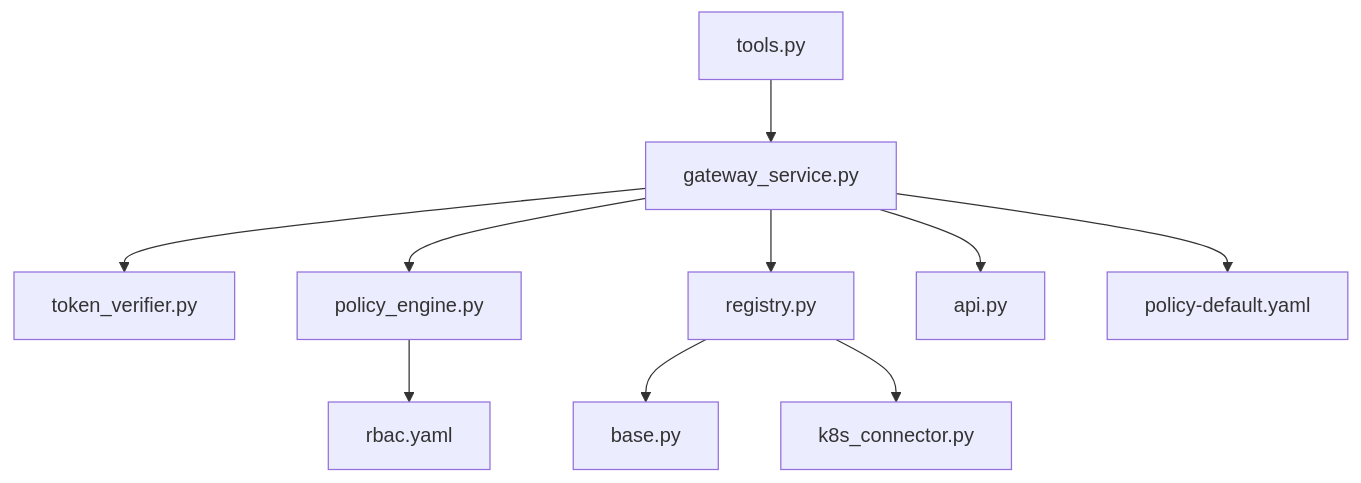
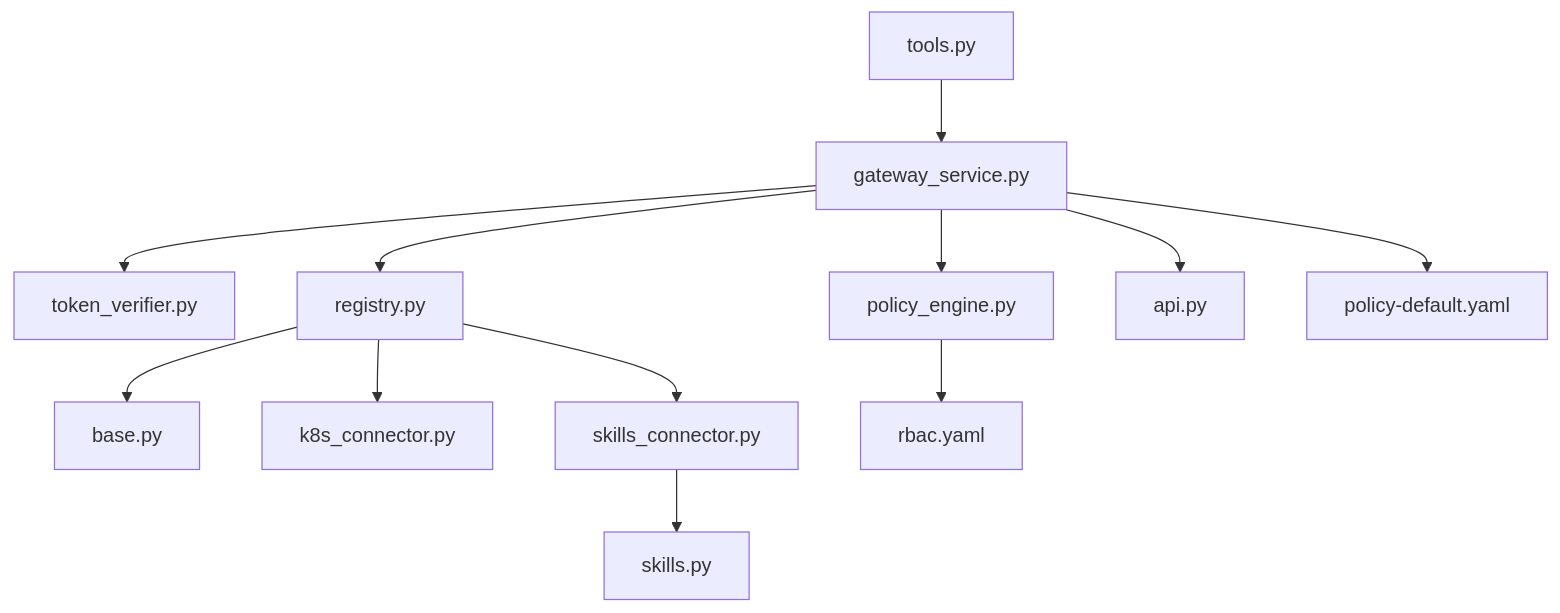
One commit to metasync/luban-aiops changed the sixth of 6 diagrams in .qoder/repowiki/en/content/Tool Gateway Service/API Endpoints and Authentication/Tools API.md. Above: the diagram before and after it, drawn with Mermaid. The commit also changed other lines of this file and 64 other files, not shown here.

Commit message:
docs: refresh repowiki knowledge cache for SPEC-014 skills hub

````diff
--- a/.qoder/repowiki/en/content/Tool Gateway Service/API Endpoints and Authentication/Tools API.md
+++ b/.qoder/repowiki/en/content/Tool Gateway Service/API Endpoints and Authentication/Tools API.md
@@ -355,12 +438,14 @@
 ```mermaid
 graph TB
 Routes["tools.py"] --> GW["gateway_service.py"]
 GW --> TV["token_verifier.py"]
 GW --> PE["policy_engine.py"]
 GW --> REG["registry.py"]
 REG --> BASE["base.py"]
 REG --> K8S["k8s_connector.py"]
+REG --> SKILLS["skills_connector.py"]
+SKILLS --> SKILLS_HUB["skills.py"]
 GW --> SCHEMA["api.py"]
 GW --> POLICY["policy-default.yaml"]
 PE --> RBAC["rbac.yaml"]
 ```
````
